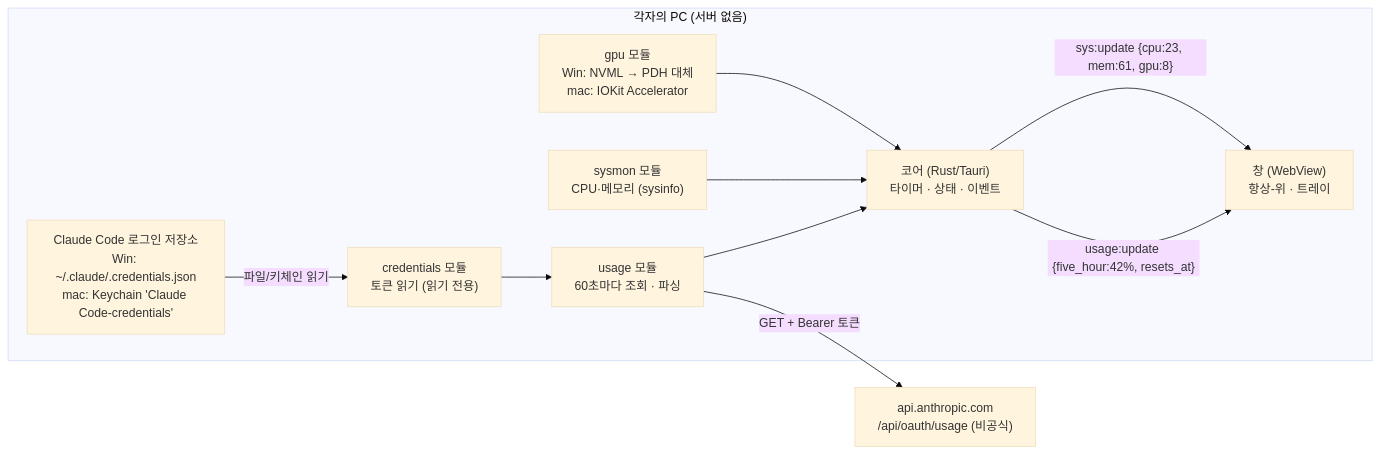
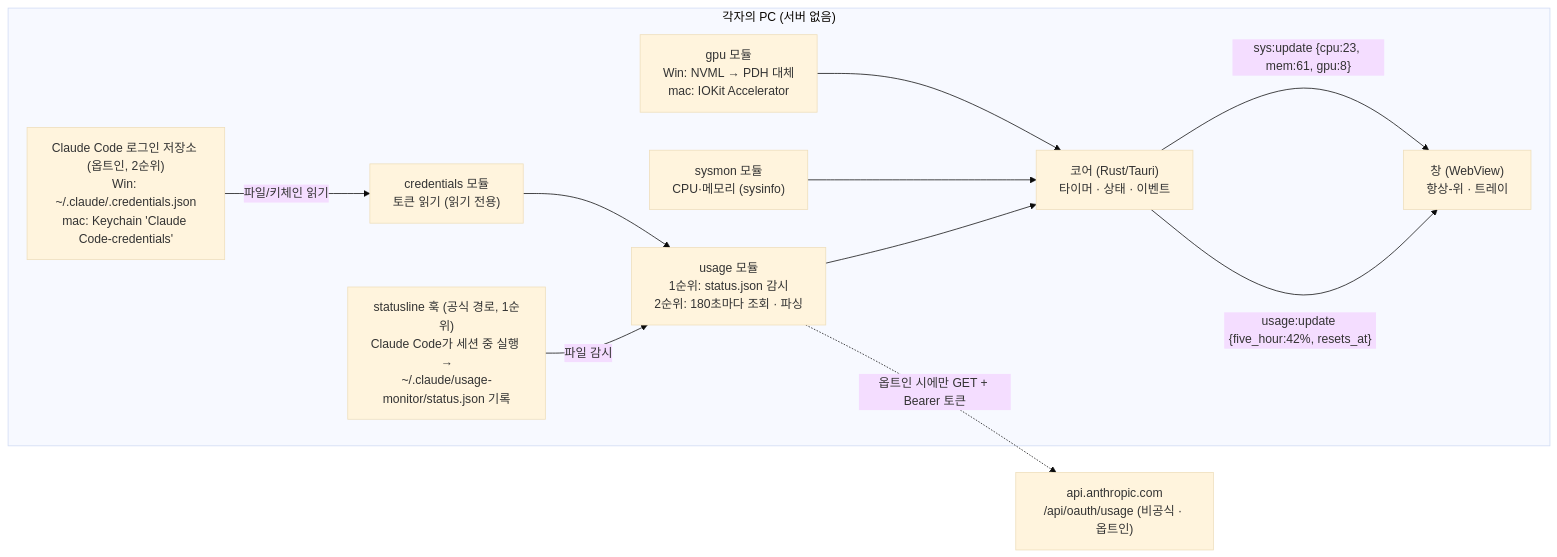
One commit to KIMHeeKwon/Claude_Monitoring_Usage changed the diagram in docs/ARCHITECTURE.md. Above: the diagram before and after it, drawn with Mermaid (base theme). The commit also changed other lines of this file and 3 other files, not shown here.

First line of the commit message:
선행 조사 반영: 한도 소스 2계층(공식 statusline + 옵트인 조회), 배포 절차 수정

````diff
--- a/docs/ARCHITECTURE.md
+++ b/docs/ARCHITECTURE.md
@@ -41,20 +45,22 @@
 ```mermaid
 flowchart LR
   subgraph PC["각자의 PC (서버 없음)"]
-    CC["Claude Code 로그인 저장소<br/>Win: ~/.claude/.credentials.json<br/>mac: Keychain 'Claude Code-credentials'"]
+    HOOK["statusline 훅 (공식 경로, 1순위)<br/>Claude Code가 세션 중 실행 →<br/>~/.claude/usage-monitor/status.json 기록"]
+    CC["Claude Code 로그인 저장소 (옵트인, 2순위)<br/>Win: ~/.claude/.credentials.json<br/>mac: Keychain 'Claude Code-credentials'"]
     CRED["credentials 모듈<br/>토큰 읽기 (읽기 전용)"]
-    USAGE["usage 모듈<br/>60초마다 조회 · 파싱"]
+    USAGE["usage 모듈<br/>1순위: status.json 감시<br/>2순위: 180초마다 조회 · 파싱"]
+    HOOK -- "파일 감시" --> USAGE
     SYS["sysmon 모듈<br/>CPU·메모리 (sysinfo)"]
     GPU["gpu 모듈<br/>Win: NVML → PDH 대체<br/>mac: IOKit Accelerator"]
     CORE["코어 (Rust/Tauri)<br/>타이머 · 상태 · 이벤트"]
     UI["창 (WebView)<br/>항상-위 · 트레이"]
     CC -- "파일/키체인 읽기" --> CRED --> USAGE
     USAGE --> CORE
     SYS --> CORE
     GPU --> CORE
     CORE -- "usage:update {five_hour:42%, resets_at}" --> UI
     CORE -- "sys:update {cpu:23, mem:61, gpu:8}" --> UI
   end
-  API["api.anthropic.com<br/>/api/oauth/usage (비공식)"]
-  USAGE -- "GET + Bearer 토큰" --> API
+  API["api.anthropic.com<br/>/api/oauth/usage (비공식 · 옵트인)"]
+  USAGE -. "옵트인 시에만 GET + Bearer 토큰" .-> API
 ```
````
